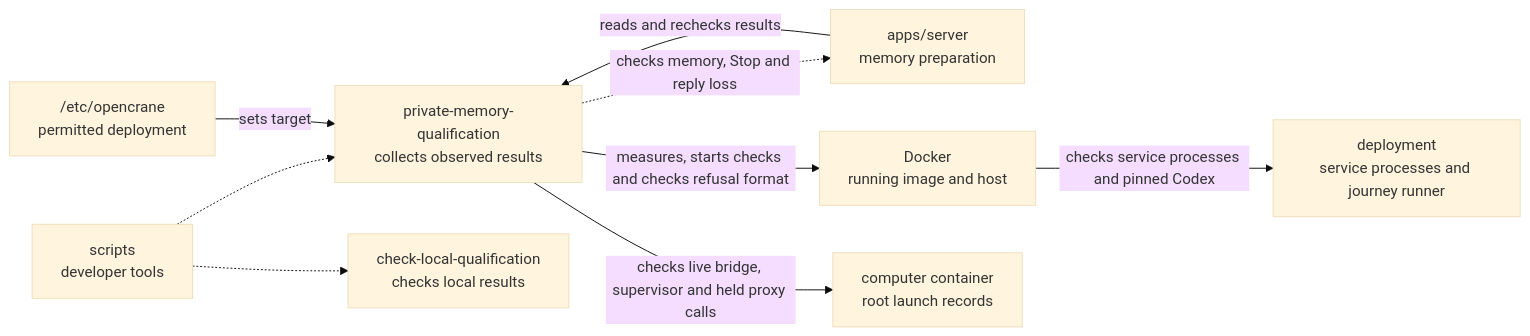
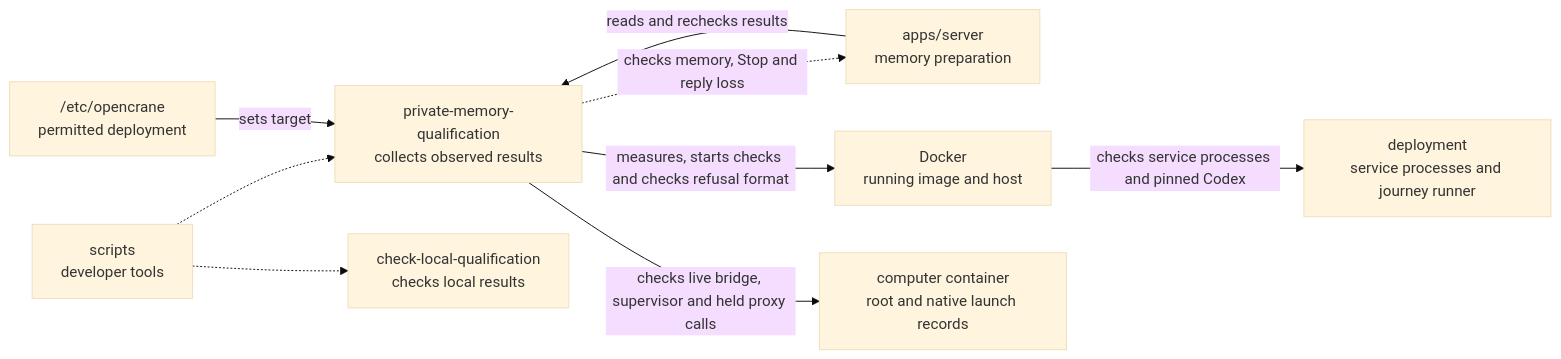
One commit to elewa-git/opencrane-new changed the diagram in scripts/private-memory-qualification/README.md. Above: the diagram before and after it, drawn with Mermaid (base theme). The commit also changed other lines of this file and 6 other files, not shown here.

Commit message:
🛡️ Prove pinned native processes during held private turns

````diff
--- a/scripts/private-memory-qualification/README.md
+++ b/scripts/private-memory-qualification/README.md
@@ -18,11 +18,11 @@
 ```mermaid
 flowchart LR
   scripts["scripts<br/>developer tools"] -.-> collector["private-memory-qualification<br/>collects observed results"]
   scripts -.-> sibling["check-local-qualification<br/>checks local results"]
   server["apps/server<br/>memory preparation"] -->|reads and rechecks results| collector
   collector -.->|checks memory, Stop and reply loss| server
   config["/etc/opencrane<br/>permitted deployment"] -->|sets target| collector
   collector -->|measures, starts checks and checks refusal format| docker["Docker<br/>running image and host"]
   docker -->|checks service processes and pinned Codex| deployment["deployment<br/>service processes and journey runner"]
-  collector -->|checks live bridge, supervisor and held proxy calls| computer["computer container<br/>root launch records"]
+  collector -->|checks live bridge, supervisor and held proxy calls| computer["computer container<br/>root and native launch records"]
 ```
````
